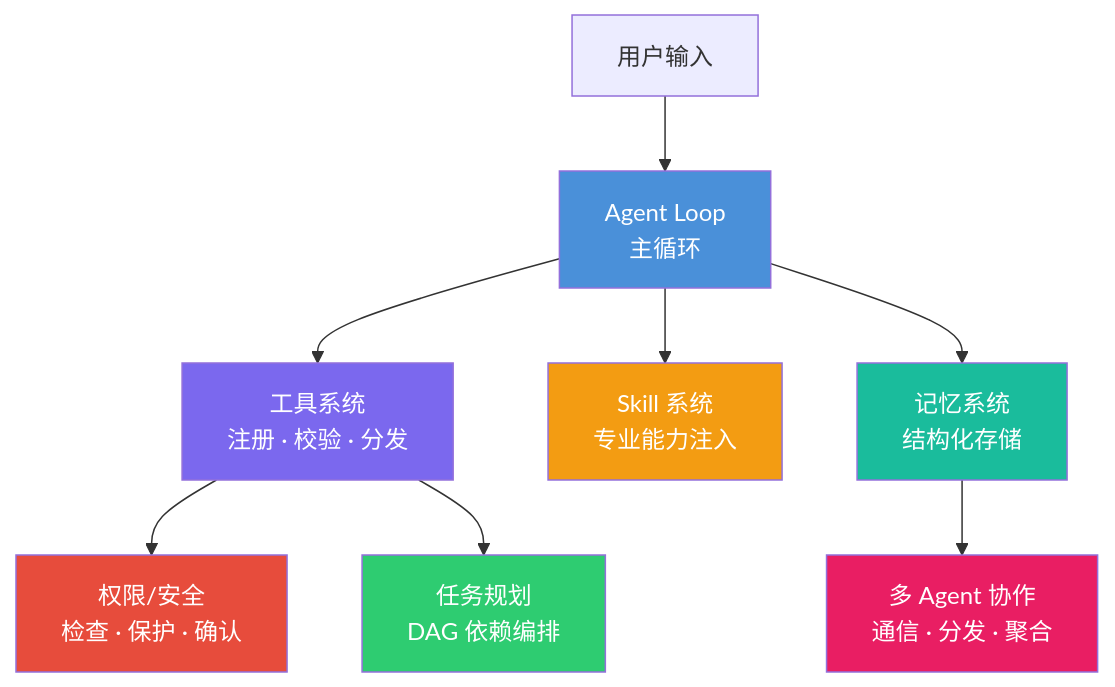
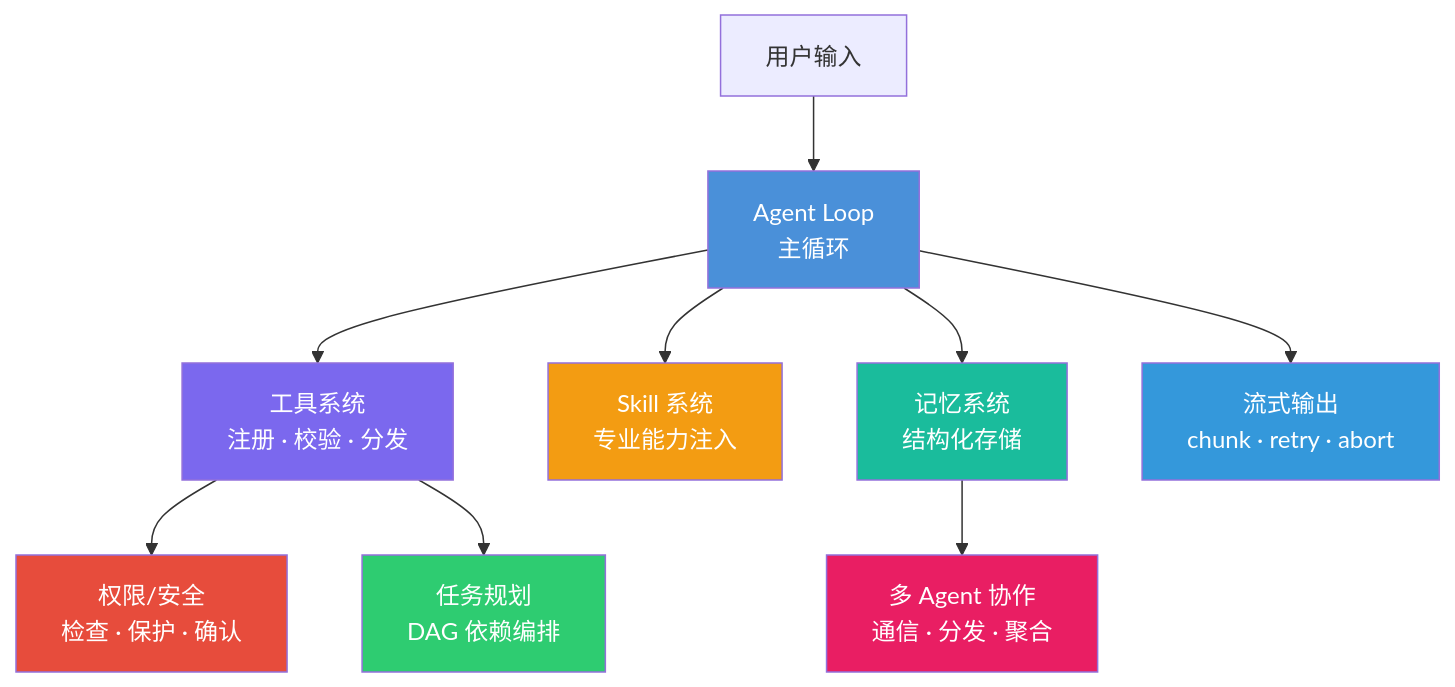
Before and after one commit to Nanki-nn/axon: the diagram in docs/tutorials/00-overview.md, drawn with Mermaid. The commit also changed other lines of this file and 6 other files, not shown here.

````diff
--- a/docs/tutorials/00-overview.md
+++ b/docs/tutorials/00-overview.md
@@ -29,21 +30,23 @@
 ```mermaid
 flowchart TB
     USER[用户输入] --> LOOP[Agent Loop<br>主循环]
 
     LOOP --> TOOLS[工具系统<br>注册 · 校验 · 分发]
     LOOP --> SKILLS[Skill 系统<br>专业能力注入]
     LOOP --> MEM[记忆系统<br>结构化存储]
+    LOOP --> STREAM[流式输出<br>chunk · retry · abort]
 
     TOOLS --> PERM[权限/安全<br>检查 · 保护 · 确认]
     TOOLS --> TASK[任务规划<br>DAG 依赖编排]
 
     MEM --> COLLAB[多 Agent 协作<br>通信 · 分发 · 聚合]
 
     style LOOP fill:#4A90D9,color:#fff
     style TOOLS fill:#7B68EE,color:#fff
     style PERM fill:#E74C3C,color:#fff
     style TASK fill:#2ECC71,color:#fff
     style SKILLS fill:#F39C12,color:#fff
     style MEM fill:#1ABC9C,color:#fff
     style COLLAB fill:#E91E63,color:#fff
+    style STREAM fill:#3498DB,color:#fff
 ```
````
